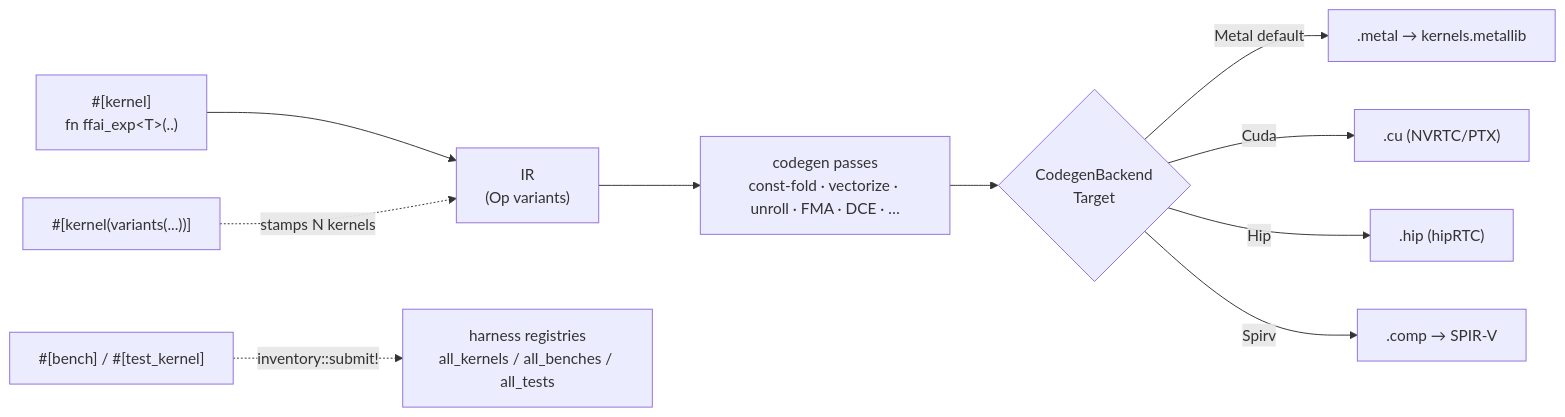
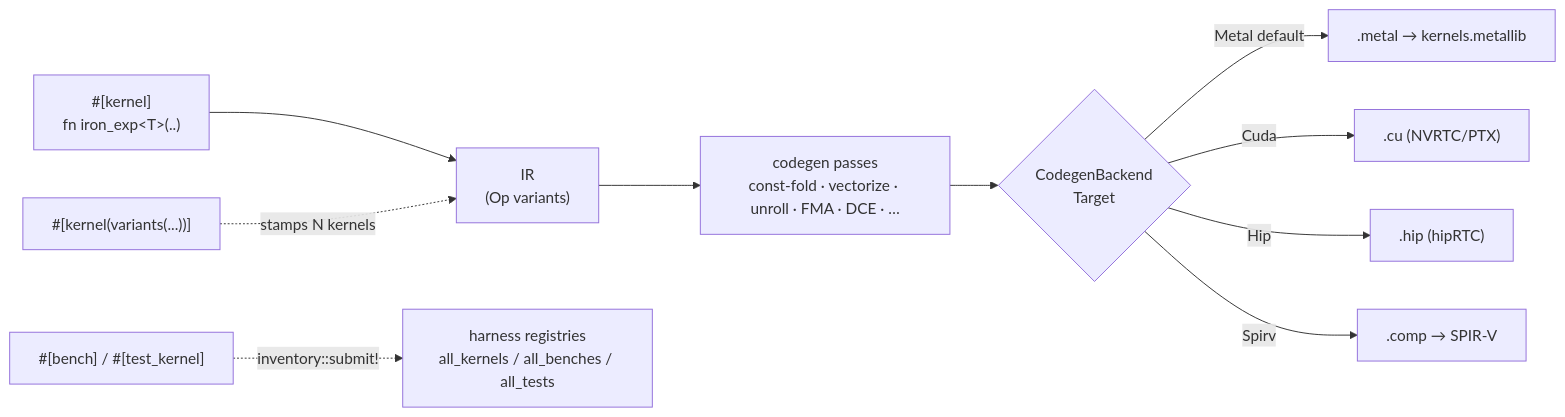
The second of 6 diagrams in docs/specs/ARCHITECTURE.md (giveen/iron), drawn with Mermaid before and after one commit. The commit also changed other lines of this file and 1096 other files, not shown here.

````diff
--- a/docs/specs/ARCHITECTURE.md
+++ b/docs/specs/ARCHITECTURE.md
@@ -65,12 +65,12 @@
 ```mermaid
 flowchart LR
-    K["#[kernel]<br/>fn ffai_exp&lt;T&gt;(..)"] --> IR["IR<br/>(Op variants)"]
+    K["#[kernel]<br/>fn iron_exp&lt;T&gt;(..)"] --> IR["IR<br/>(Op variants)"]
     V["#[kernel(variants(...))]"] -. "stamps N kernels" .-> IR
     IR --> Passes["codegen passes<br/>const-fold · vectorize · unroll · FMA · DCE · …"]
     Passes --> Backend{CodegenBackend<br/>Target}
     Backend -->|Metal default| MSL[".metal → kernels.metallib"]
     Backend -->|Cuda| CU[".cu (NVRTC/PTX)"]
     Backend -->|Hip| HIP[".hip (hipRTC)"]
     Backend -->|Spirv| SPV[".comp → SPIR-V"]
     B["#[bench] / #[test_kernel]"] -. "inventory::submit!" .-> Reg["harness registries<br/>all_kernels / all_benches / all_tests"]
 ```
````
